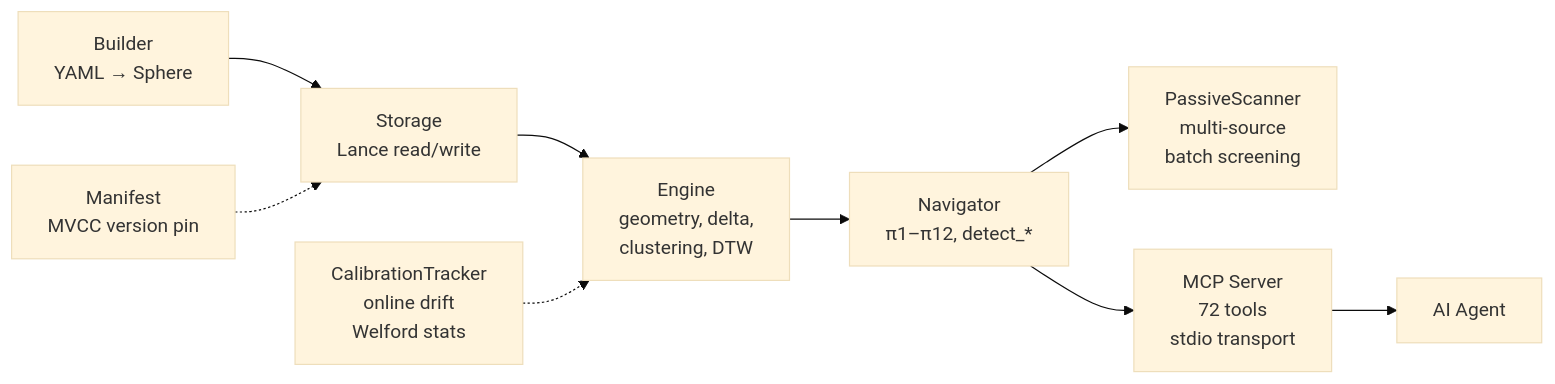
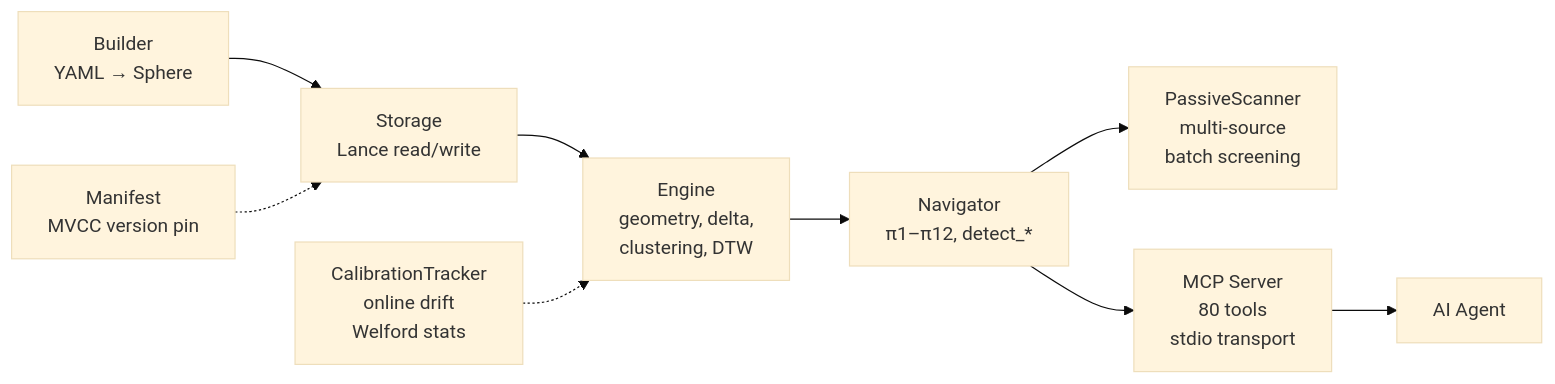
One commit to hypertopos/hypertopos-py changed the fifth of 6 diagrams in docs/architecture.md. Above: the diagram before and after it, drawn with Mermaid (base theme). The commit also changed other lines of this file and 26 other files, not shown here.

````diff
--- a/docs/architecture.md
+++ b/docs/architecture.md
@@ -172,11 +172,11 @@
 ```mermaid
 graph LR
     B["Builder\nYAML → Sphere"] --> ST["Storage\nLance read/write"]
     ST --> E["Engine\ngeometry, delta,\nclustering, DTW"]
     E --> N["Navigator\nπ1–π12, detect_*"]
     N --> PS["PassiveScanner\nmulti-source\nbatch screening"]
-    N --> MCP["MCP Server\n72 tools\nstdio transport"]
+    N --> MCP["MCP Server\n80 tools\nstdio transport"]
     MCP --> Agent["AI Agent"]
     CT["CalibrationTracker\nonline drift\nWelford stats"] -.-> E
     M["Manifest\nMVCC version pin"] -.-> ST
 ```
````
